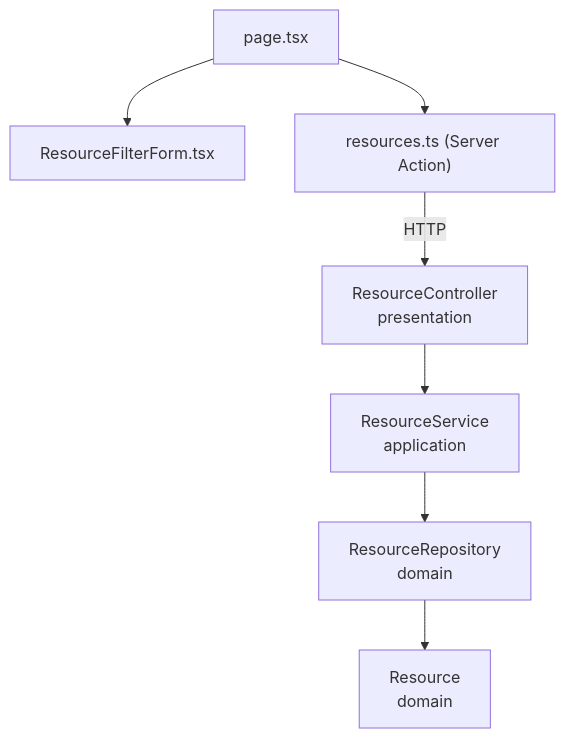
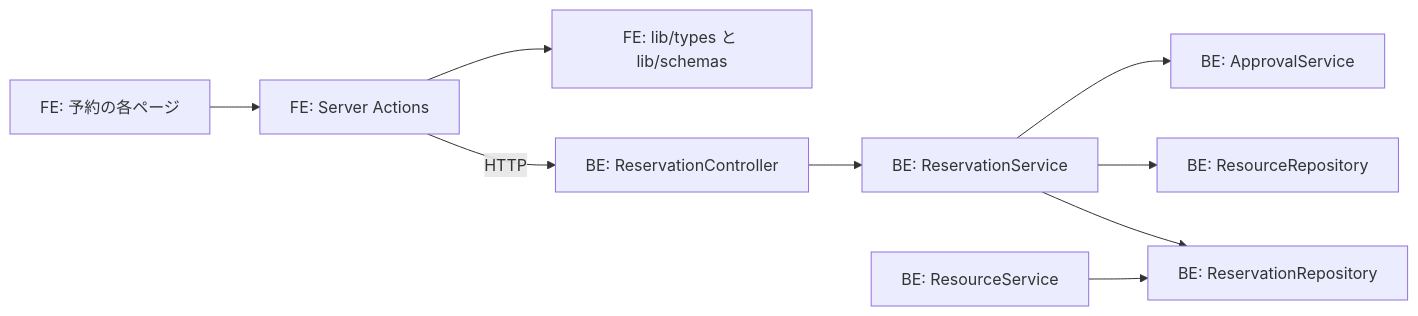
One commit to CHS-Training-Org/ai_training_for_chuo_system changed the diagram in Docs/spec/aidlc-docs/inception/reverse-engineering/dependencies.md. Above: the diagram before and after it, drawn with Mermaid. The commit also changed other lines of this file and 22 other files, not shown here.

````diff
--- a/Docs/spec/aidlc-docs/inception/reverse-engineering/dependencies.md
+++ b/Docs/spec/aidlc-docs/inception/reverse-engineering/dependencies.md
@@ -12,9 +12,11 @@
 ```mermaid
-flowchart TD
-    Controller["ResourceController<br/>presentation"] --> Service["ResourceService<br/>application"]
-    Service --> Repository["ResourceRepository<br/>domain"]
-    Repository --> Entity["Resource<br/>domain"]
-    FrontPage["page.tsx"] --> FilterForm["ResourceFilterForm.tsx"]
-    FrontPage --> Action["resources.ts (Server Action)"]
-    Action -->|HTTP| Controller
+flowchart LR
+  Pages["FE: 予約の各ページ"] --> Actions["FE: Server Actions"]
+  Actions --> Types["FE: lib/types と lib/schemas"]
+  Actions -->|"HTTP"| Controller["BE: ReservationController"]
+  Controller --> ReservationSvc["BE: ReservationService"]
+  ReservationSvc --> ApprovalSvc["BE: ApprovalService"]
+  ReservationSvc --> ResourceRepo["BE: ResourceRepository"]
+  ReservationSvc --> ReservationRepo["BE: ReservationRepository"]
+  ResourceSvc["BE: ResourceService"] --> ReservationRepo
 ```
````
